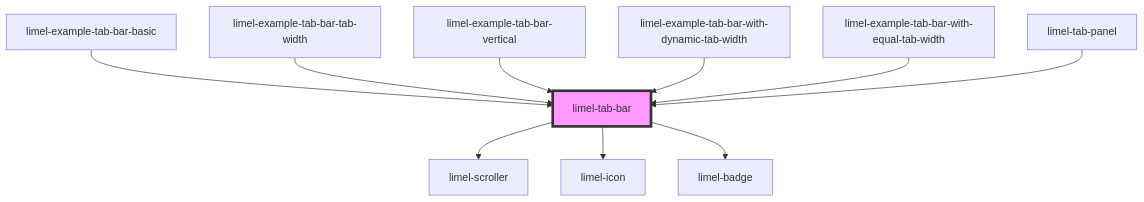
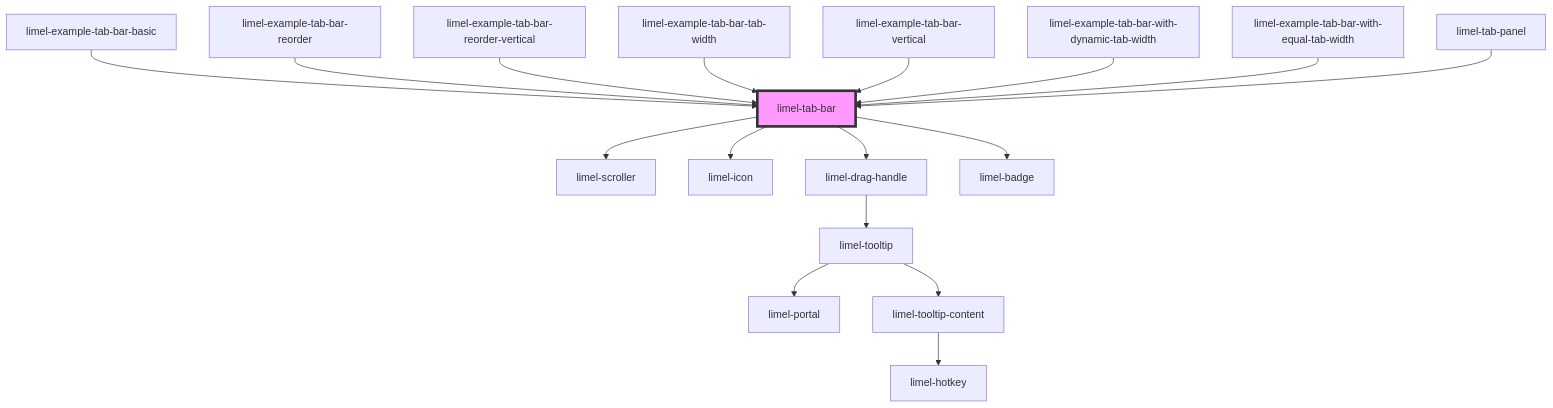
One commit to Lundalogik/lime-elements changed the diagram in versions/PR-4420/markdown-docs/components/tab-bar/readme.md. Above: the diagram before and after it, drawn with Mermaid. The commit also changed other lines of this file and 602 other files, not shown here.

````diff
--- a/versions/PR-4420/markdown-docs/components/tab-bar/readme.md
+++ b/versions/PR-4420/markdown-docs/components/tab-bar/readme.md
@@ -57,13 +63,20 @@
 ```mermaid
 graph TD;
   limel-tab-bar --> limel-scroller
   limel-tab-bar --> limel-icon
+  limel-tab-bar --> limel-drag-handle
   limel-tab-bar --> limel-badge
+  limel-drag-handle --> limel-tooltip
+  limel-tooltip --> limel-portal
+  limel-tooltip --> limel-tooltip-content
+  limel-tooltip-content --> limel-hotkey
   limel-example-tab-bar-basic --> limel-tab-bar
+  limel-example-tab-bar-reorder --> limel-tab-bar
+  limel-example-tab-bar-reorder-vertical --> limel-tab-bar
   limel-example-tab-bar-tab-width --> limel-tab-bar
   limel-example-tab-bar-vertical --> limel-tab-bar
   limel-example-tab-bar-with-dynamic-tab-width --> limel-tab-bar
   limel-example-tab-bar-with-equal-tab-width --> limel-tab-bar
   limel-tab-panel --> limel-tab-bar
   style limel-tab-bar fill:#f9f,stroke:#333,stroke-width:4px
 ```
````
